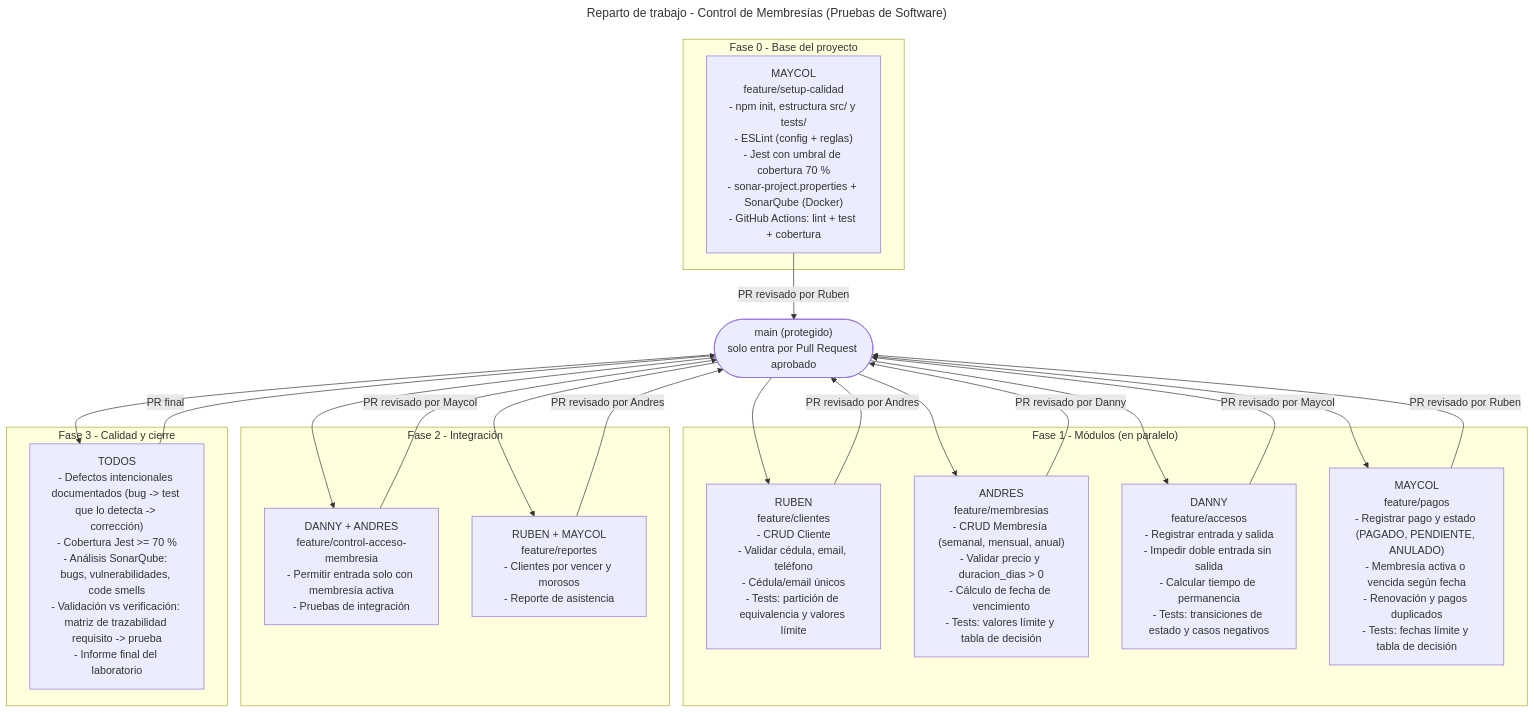
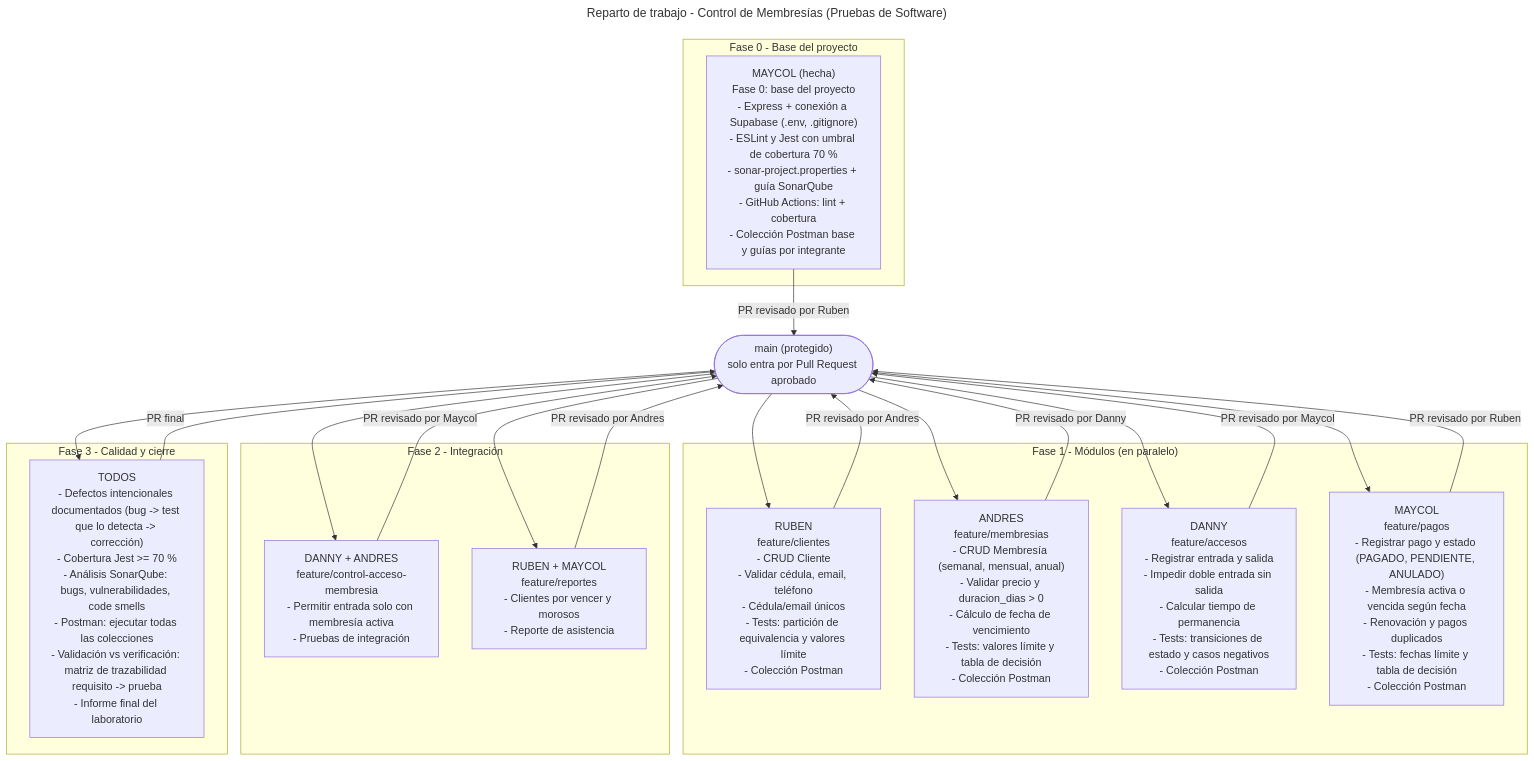
One commit to xMaycol08/Gimnasio_PruebasSoftware changed the diagram in docs/planificacion/reparto-trabajo.mmd. Above: the diagram before and after it, drawn with Mermaid. The commit also changed 36 other files, not shown here.

Commit message:
feat: Fase 0, base del back-end, calidad (Jest, ESLint, SonarQube, CI), Postman y guías por integrante

```diff
--- a/docs/planificacion/reparto-trabajo.mmd
+++ b/docs/planificacion/reparto-trabajo.mmd
@@ -1,44 +1,44 @@
 ---
 title: Reparto de trabajo - Control de Membresías (Pruebas de Software)
 ---
-%% Equipo: Maycol, Ruben, Andres y Danny.
+%% Equipo: Maycol, Rubén, Andres y Danny.
 %% Flujo: rama de funcionalidad -> Pull Request -> revisión de otro integrante -> merge a main.
-%% Reglas: main protegido, PR obligatorio, CI en verde (ESLint + Jest >= 70 % + SonarQube).
+%% Reglas: main protegido, PR obligatorio, CI en verde (ESLint + Jest >= 70 %), SonarQube y Postman como entregables.
 flowchart TD
     MAIN(["main (protegido)<br/>solo entra por Pull Request aprobado"])
 
     subgraph F0["Fase 0 - Base del proyecto"]
-        M0["MAYCOL<br/>feature/setup-calidad<br/>- npm init, estructura src/ y tests/<br/>- ESLint (config + reglas)<br/>- Jest con umbral de cobertura 70 %<br/>- sonar-project.properties + SonarQube (Docker)<br/>- GitHub Actions: lint + test + cobertura"]
+        M0["MAYCOL (hecha)<br/>Fase 0: base del proyecto<br/>- Express + conexión a Supabase (.env, .gitignore)<br/>- ESLint y Jest con umbral de cobertura 70 %<br/>- sonar-project.properties + guía SonarQube<br/>- GitHub Actions: lint + cobertura<br/>- Colección Postman base y guías por integrante"]
     end
 
     subgraph F1["Fase 1 - Módulos (en paralelo)"]
-        R1["RUBEN<br/>feature/clientes<br/>- CRUD Cliente<br/>- Validar cédula, email, teléfono<br/>- Cédula/email únicos<br/>- Tests: partición de equivalencia y valores límite"]
-        A1["ANDRES<br/>feature/membresias<br/>- CRUD Membresía (semanal, mensual, anual)<br/>- Validar precio y duracion_dias > 0<br/>- Cálculo de fecha de vencimiento<br/>- Tests: valores límite y tabla de decisión"]
-        D1["DANNY<br/>feature/accesos<br/>- Registrar entrada y salida<br/>- Impedir doble entrada sin salida<br/>- Calcular tiempo de permanencia<br/>- Tests: transiciones de estado y casos negativos"]
-        M1["MAYCOL<br/>feature/pagos<br/>- Registrar pago y estado (PAGADO, PENDIENTE, ANULADO)<br/>- Membresía activa o vencida según fecha<br/>- Renovación y pagos duplicados<br/>- Tests: fechas límite y tabla de decisión"]
+        R1["RUBEN<br/>feature/clientes<br/>- CRUD Cliente<br/>- Validar cédula, email, teléfono<br/>- Cédula/email únicos<br/>- Tests: partición de equivalencia y valores límite<br/>- Colección Postman"]
+        A1["ANDRES<br/>feature/membresias<br/>- CRUD Membresía (semanal, mensual, anual)<br/>- Validar precio y duracion_dias > 0<br/>- Cálculo de fecha de vencimiento<br/>- Tests: valores límite y tabla de decisión<br/>- Colección Postman"]
+        D1["DANNY<br/>feature/accesos<br/>- Registrar entrada y salida<br/>- Impedir doble entrada sin salida<br/>- Calcular tiempo de permanencia<br/>- Tests: transiciones de estado y casos negativos<br/>- Colección Postman"]
+        M1["MAYCOL<br/>feature/pagos<br/>- Registrar pago y estado (PAGADO, PENDIENTE, ANULADO)<br/>- Membresía activa o vencida según fecha<br/>- Renovación y pagos duplicados<br/>- Tests: fechas límite y tabla de decisión<br/>- Colección Postman"]
     end
 
     subgraph F2["Fase 2 - Integración"]
         D2["DANNY + ANDRES<br/>feature/control-acceso-membresia<br/>- Permitir entrada solo con membresía activa<br/>- Pruebas de integración"]
         R2["RUBEN + MAYCOL<br/>feature/reportes<br/>- Clientes por vencer y morosos<br/>- Reporte de asistencia"]
     end
 
     subgraph F3["Fase 3 - Calidad y cierre"]
-        Q1["TODOS<br/>- Defectos intencionales documentados (bug -> test que lo detecta -> corrección)<br/>- Cobertura Jest >= 70 %<br/>- Análisis SonarQube: bugs, vulnerabilidades, code smells<br/>- Validación vs verificación: matriz de trazabilidad requisito -> prueba<br/>- Informe final del laboratorio"]
+        Q1["TODOS<br/>- Defectos intencionales documentados (bug -> test que lo detecta -> corrección)<br/>- Cobertura Jest >= 70 %<br/>- Análisis SonarQube: bugs, vulnerabilidades, code smells<br/>- Postman: ejecutar todas las colecciones<br/>- Validación vs verificación: matriz de trazabilidad requisito -> prueba<br/>- Informe final del laboratorio"]
     end
 
     M0 -->|"PR revisado por Ruben"| MAIN
     MAIN --> R1
     MAIN --> A1
     MAIN --> D1
     MAIN --> M1
     R1 -->|"PR revisado por Andres"| MAIN
     A1 -->|"PR revisado por Danny"| MAIN
     D1 -->|"PR revisado por Maycol"| MAIN
     M1 -->|"PR revisado por Ruben"| MAIN
     MAIN --> D2
     MAIN --> R2
     D2 -->|"PR revisado por Maycol"| MAIN
     R2 -->|"PR revisado por Andres"| MAIN
     MAIN --> Q1
     Q1 -->|"PR final"| MAIN
```
